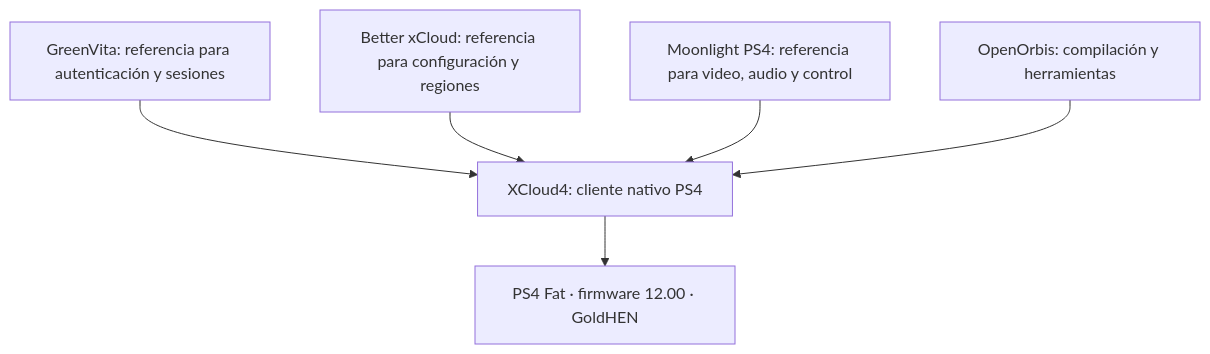
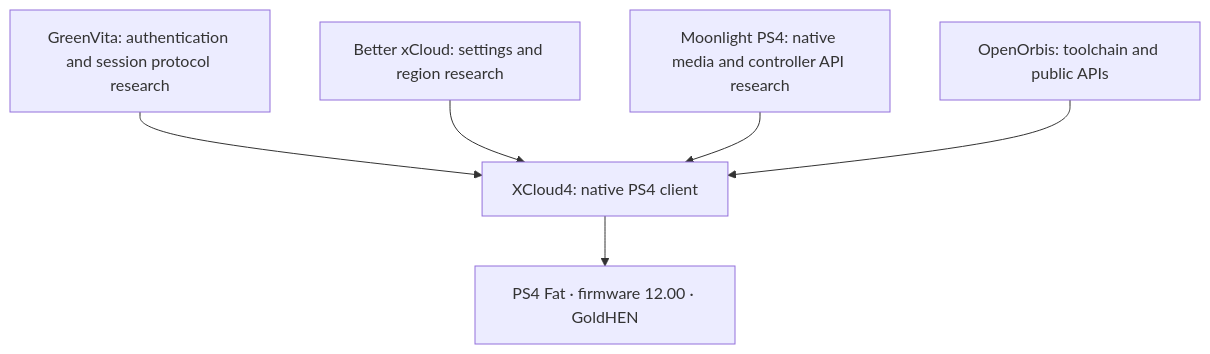
Before and after one commit to asp11edgr/XCloud4: the diagram in docs/ARQUITECTURA.md, drawn with Mermaid. The commit also changed other lines of this file and 23 other files, not shown here.

````diff
--- a/docs/ARQUITECTURA.md
+++ b/docs/ARQUITECTURA.md
@@ -7,8 +7,8 @@
 ```mermaid
 flowchart TD
-    GV[GreenVita: referencia para autenticación y sesiones] --> XC[XCloud4: cliente nativo PS4]
-    BX[Better xCloud: referencia para configuración y regiones] --> XC
-    ML[Moonlight PS4: referencia para video, audio y control] --> XC
-    OO[OpenOrbis: compilación y herramientas] --> XC
+    GV[GreenVita: authentication and session protocol research] --> XC[XCloud4: native PS4 client]
+    BX[Better xCloud: settings and region research] --> XC
+    ML[Moonlight PS4: native media and controller API research] --> XC
+    OO[OpenOrbis: toolchain and public APIs] --> XC
     XC --> PS[PS4 Fat · firmware 12.00 · GoldHEN]
 ```
````
